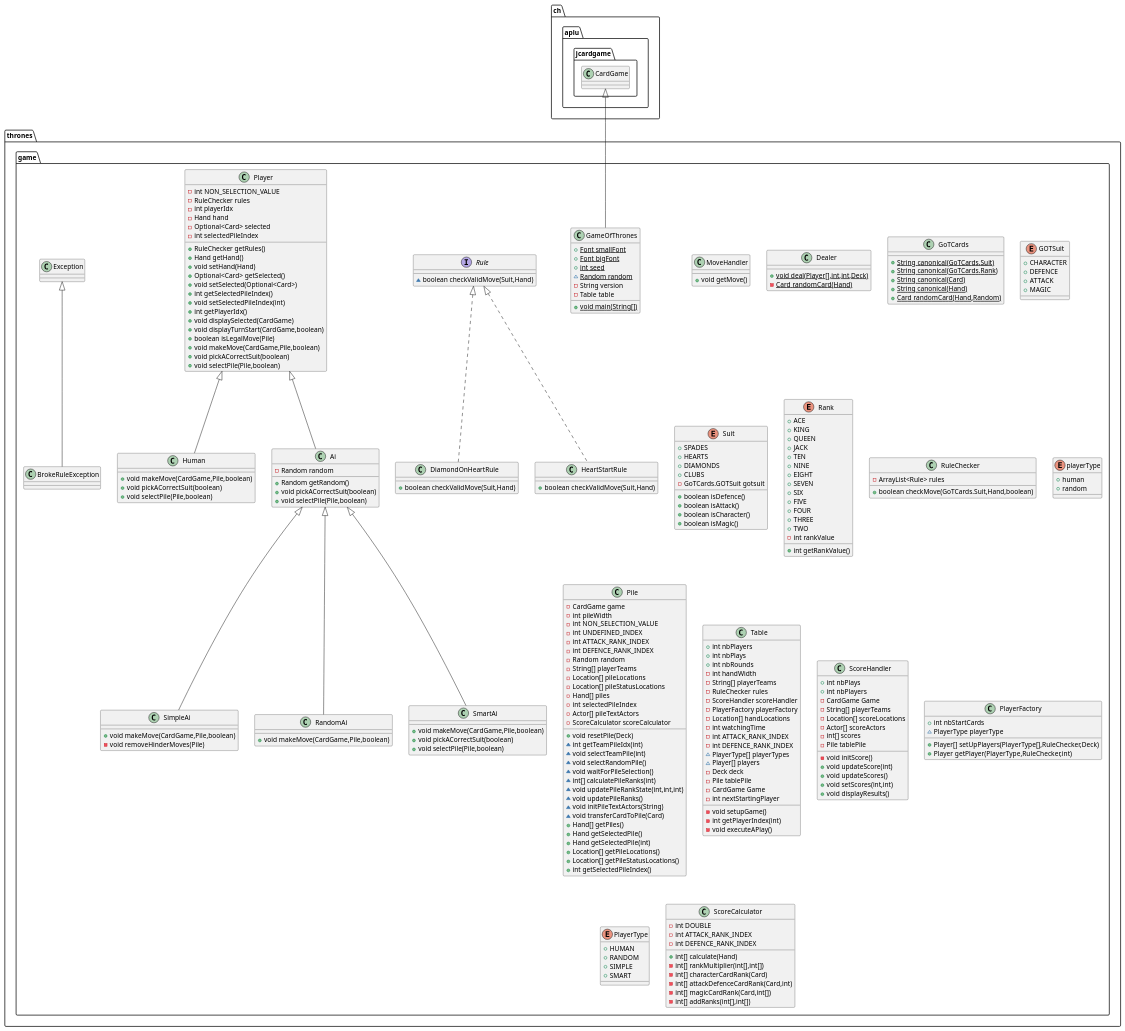
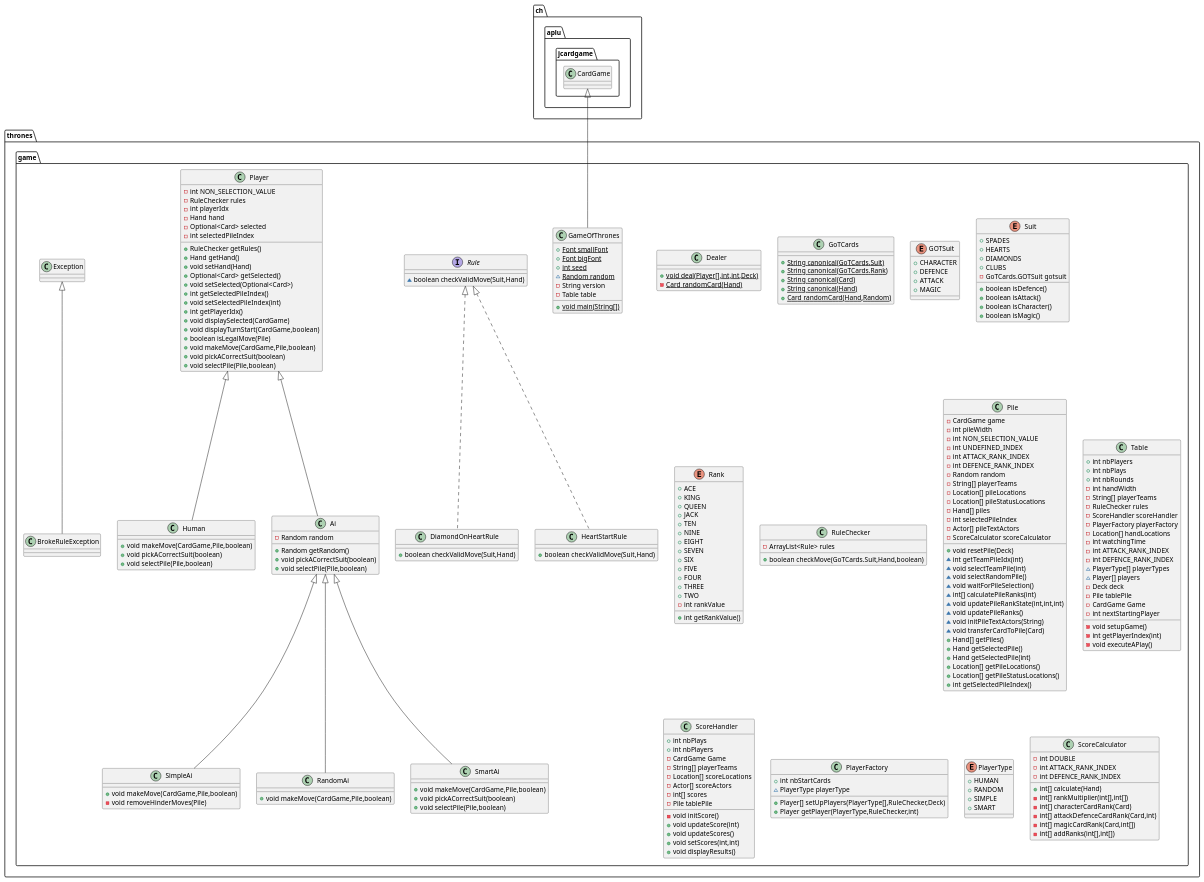
The diagram in GameOfThrones_spec/DesignDiagram.puml (Muckthebuck/GameOfThronesV1), drawn with PlantUML before and after one commit. The commit also changed 21 other files, not shown here.

```diff
--- a/GameOfThrones_spec/DesignDiagram.puml
+++ b/GameOfThrones_spec/DesignDiagram.puml
@@ -1,7 +1,4 @@
 @startuml
-class thrones.game.MoveHandler {
-+ void getMove()
-}
 class thrones.game.Human {
 + void makeMove(CardGame,Pile,boolean)
 + void pickACorrectSuit(boolean)
@@ -64,10 +61,6 @@
 - String version
 - Table table
 + {static} void main(String[])
-}
-enum thrones.game.playerType {
-+  human
-+  random
 }
 class thrones.game.Ai {
 - Random random
```
